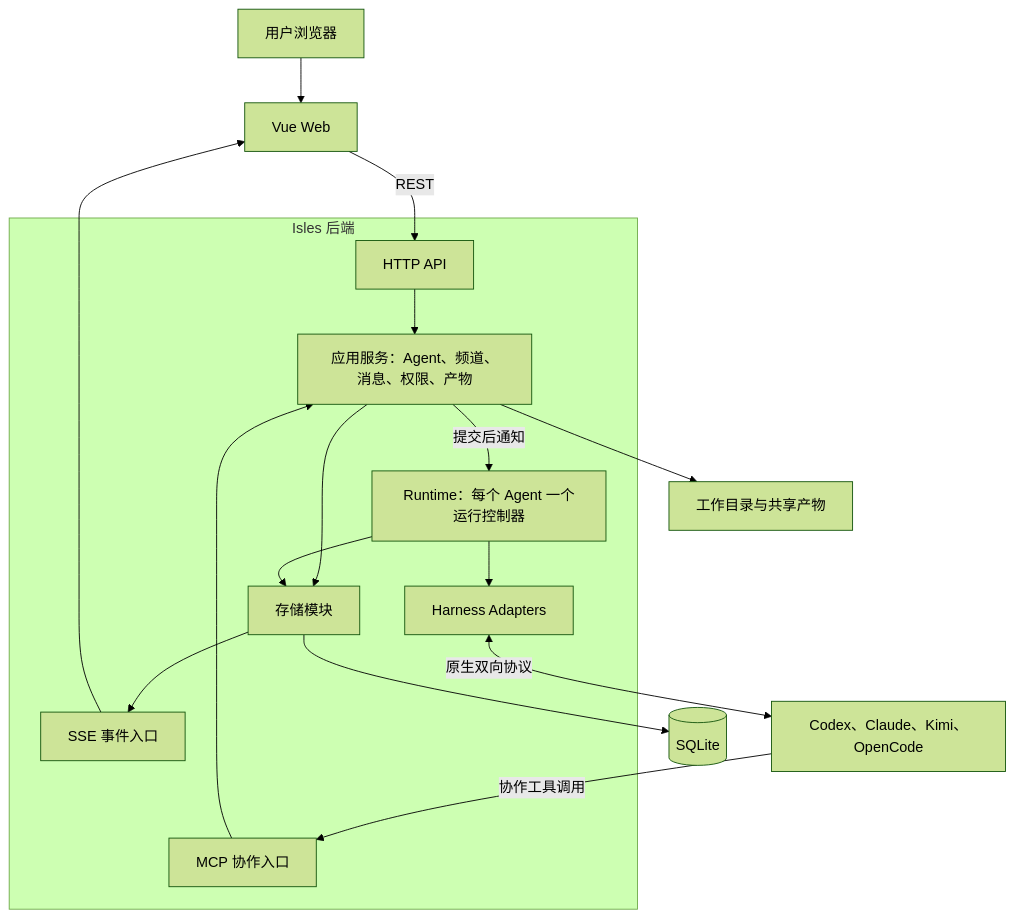
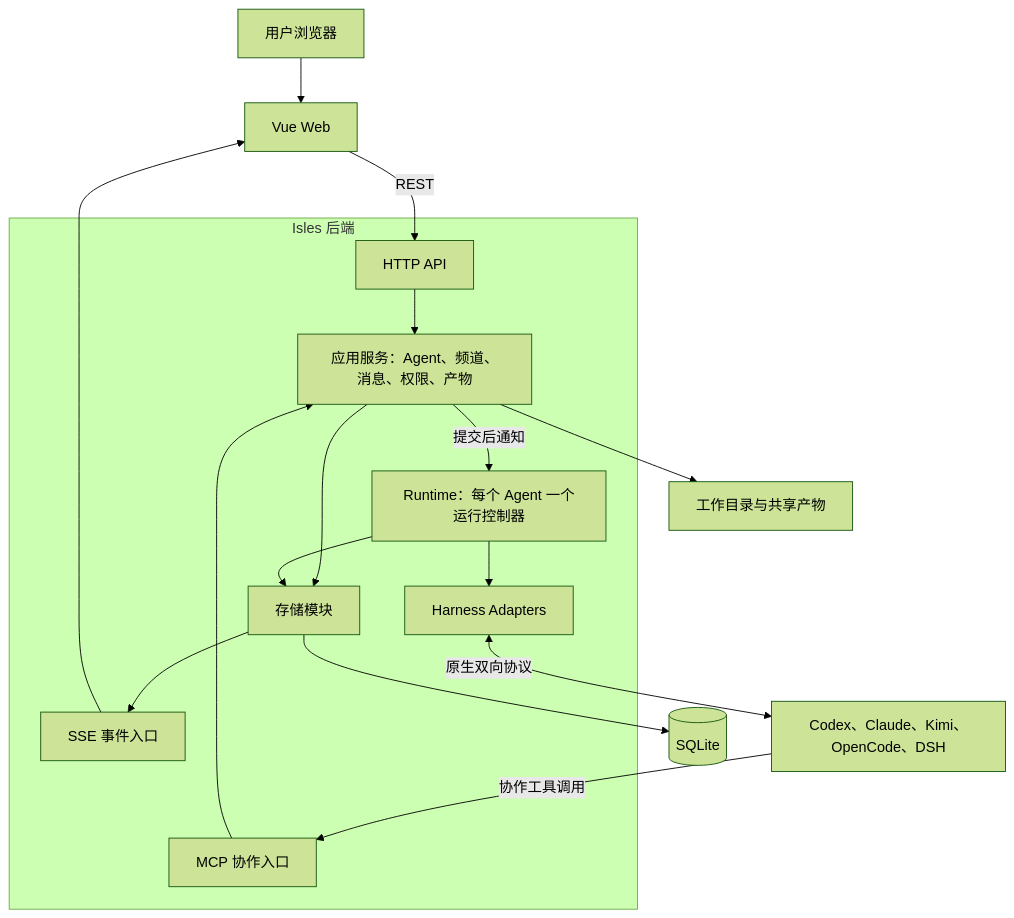
Before and after one commit to zch4321/Isles: the first of 2 diagrams in docs/architecture.md, drawn with Mermaid (forest theme). The commit also changed other lines of this file and 25 other files, not shown here.

````diff
--- a/docs/architecture.md
+++ b/docs/architecture.md
@@ -65,21 +65,21 @@
 ```mermaid
 flowchart TB
     U[用户浏览器] --> W[Vue Web]
     W -->|REST| HTTP[HTTP API]
     EVENTS[SSE 事件入口] --> W
 
     subgraph SERVER[Isles 后端]
         HTTP --> APP[应用服务：Agent、频道、消息、权限、产物]
         MCP[MCP 协作入口] --> APP
         APP --> STORE[存储模块]
         APP -->|提交后通知| RT[Runtime：每个 Agent 一个运行控制器]
         RT --> STORE
         RT --> AD[Harness Adapters]
         STORE --> EVENTS
     end
 
     STORE --> DB[(SQLite)]
     APP --> FILES[工作目录与共享产物]
-    AD <-->|原生双向协议| H[Codex、Claude、Kimi、OpenCode]
+    AD <-->|原生双向协议| H[Codex、Claude、Kimi、OpenCode、DSH]
     H -->|协作工具调用| MCP
 ```
````
